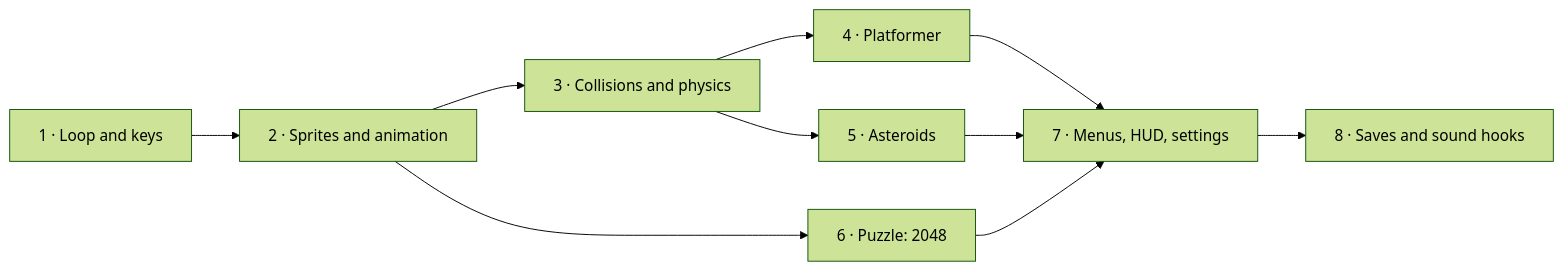
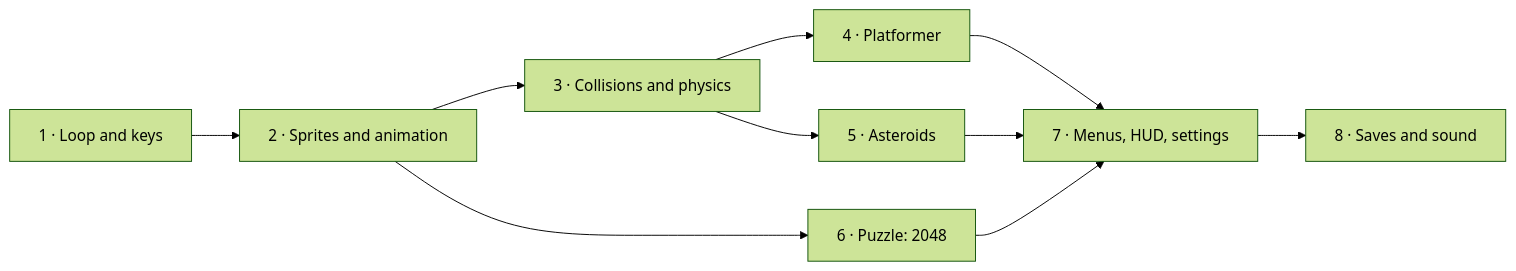
Before and after one commit to albakore/pyzed: the diagram in docs/src/content/docs/games/index.mdx, drawn with Mermaid (forest theme). The commit also changed other lines of this file and 9 other files, not shown here.

````diff
--- a/docs/src/content/docs/games/index.mdx
+++ b/docs/src/content/docs/games/index.mdx
@@ -46,11 +46,11 @@
 ```mermaid
 flowchart LR
     A["1 · Loop and keys"] --> B["2 · Sprites and animation"] --> C["3 · Collisions and physics"]
     C --> D["4 · Platformer"]
     C --> E["5 · Asteroids"]
     B --> F["6 · Puzzle: 2048"]
     D --> G["7 · Menus, HUD, settings"]
     E --> G
     F --> G
-    G --> H["8 · Saves and sound hooks"]
+    G --> H["8 · Saves and sound"]
 ```
````
